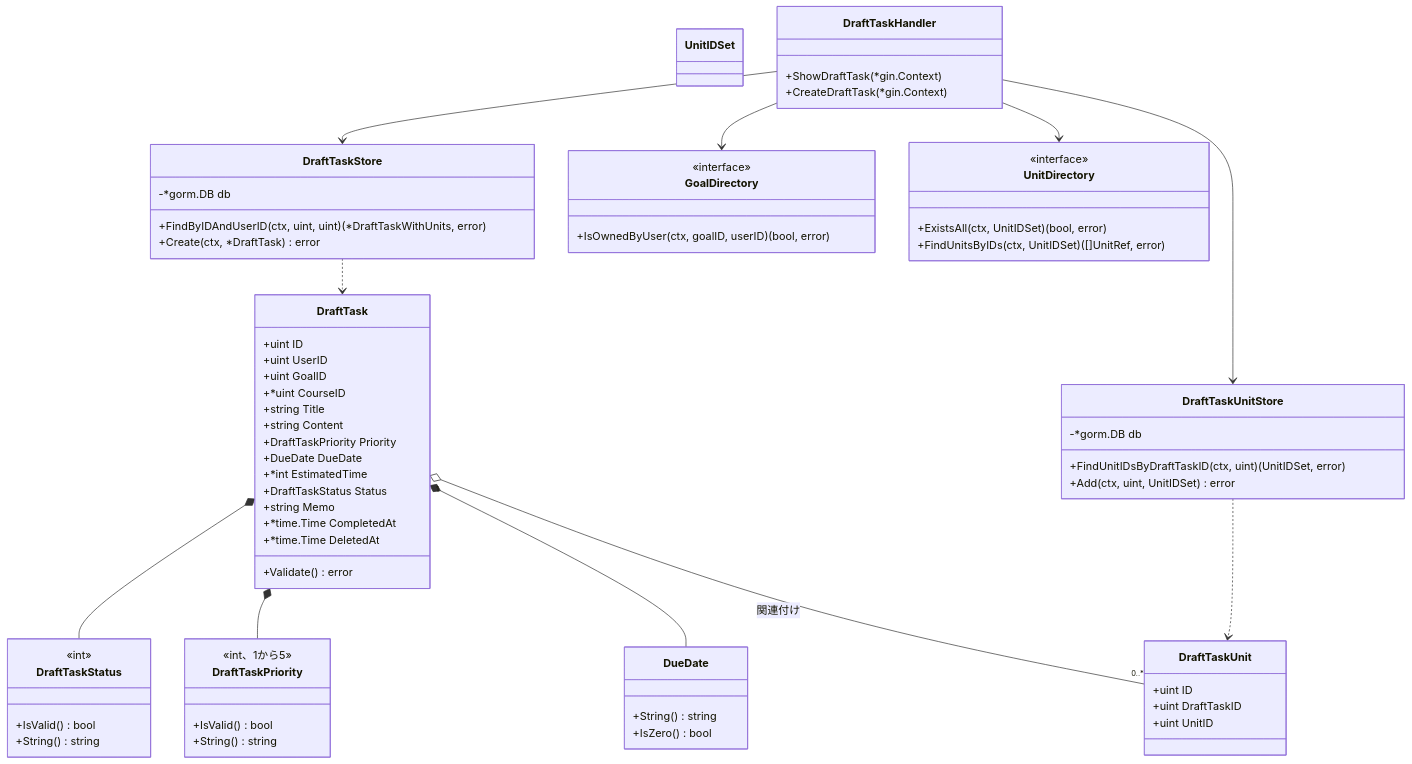
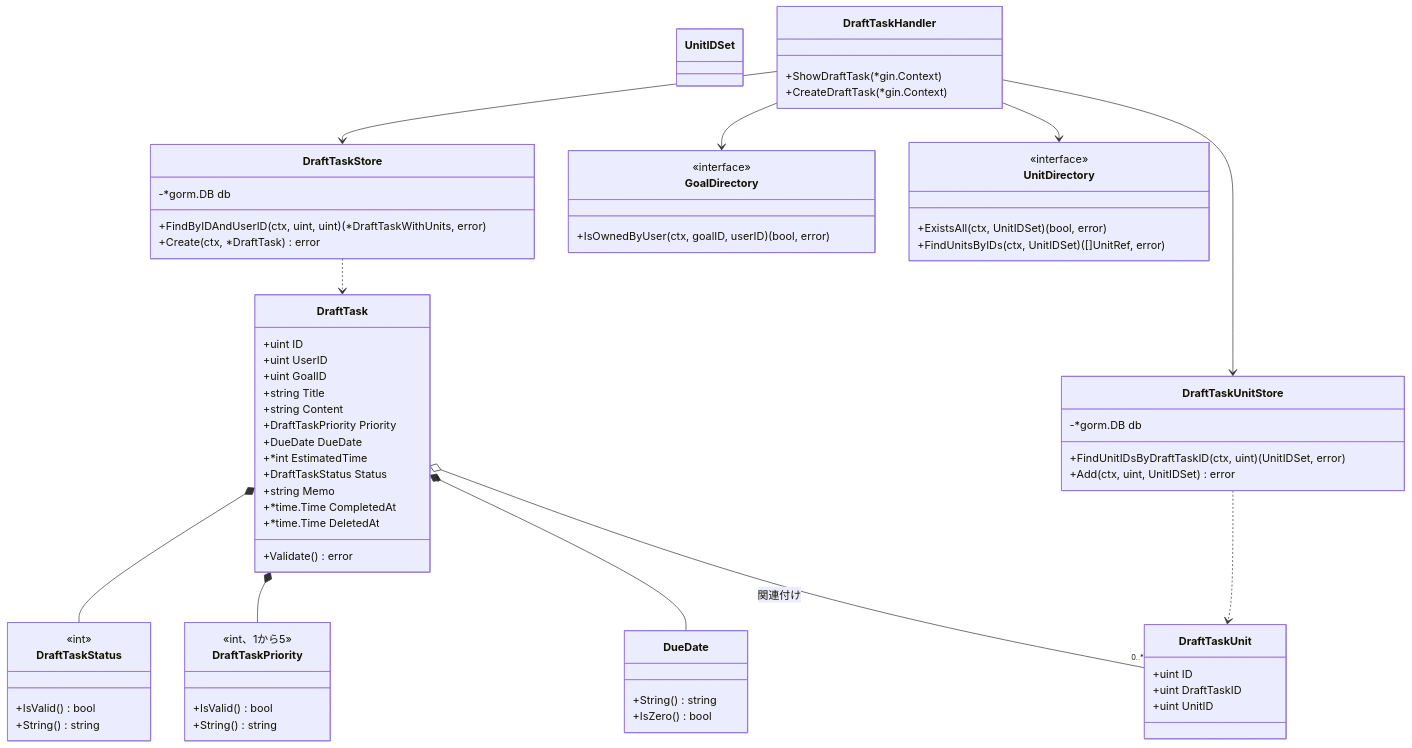
One commit to yuta20253/edu-platform-go-design changed the first of 5 diagrams in 計画書/Go実装仕様書/タスク下書き機能_Go実装仕様書.md. Above: the diagram before and after it, drawn with Mermaid. The commit also changed other lines of this file and 9 other files, not shown here.

````diff
--- a/計画書/Go実装仕様書/タスク下書き機能_Go実装仕様書.md
+++ b/計画書/Go実装仕様書/タスク下書き機能_Go実装仕様書.md
@@ -243,73 +240,72 @@
 ```mermaid
 classDiagram
     class DraftTask {
         +uint ID
         +uint UserID
         +uint GoalID
-        +*uint CourseID
         +string Title
         +string Content
         +DraftTaskPriority Priority
         +DueDate DueDate
         +*int EstimatedTime
         +DraftTaskStatus Status
         +string Memo
         +*time.Time CompletedAt
         +*time.Time DeletedAt
         +Validate() error
     }
     class DraftTaskStatus {
         <<int>>
         +IsValid() bool
         +String() string
     }
     class DraftTaskPriority {
         <<int、1から5>>
         +IsValid() bool
         +String() string
     }
     class DueDate {
         +String() string
         +IsZero() bool
     }
     class DraftTaskUnit {
         +uint ID
         +uint DraftTaskID
         +uint UnitID
     }
     class UnitIDSet
     class DraftTaskStore {
         -*gorm.DB db
         +FindByIDAndUserID(ctx, uint, uint) (*DraftTaskWithUnits, error)
         +Create(ctx, *DraftTask) error
     }
     class DraftTaskUnitStore {
         -*gorm.DB db
         +FindUnitIDsByDraftTaskID(ctx, uint) (UnitIDSet, error)
         +Add(ctx, uint, UnitIDSet) error
     }
     class GoalDirectory {
         <<interface>>
         +IsOwnedByUser(ctx, goalID, userID) (bool, error)
     }
     class UnitDirectory {
         <<interface>>
         +ExistsAll(ctx, UnitIDSet) (bool, error)
         +FindUnitsByIDs(ctx, UnitIDSet) ([]UnitRef, error)
     }
     class DraftTaskHandler {
         +ShowDraftTask(*gin.Context)
         +CreateDraftTask(*gin.Context)
     }
 
     DraftTask *-- DraftTaskStatus
     DraftTask *-- DraftTaskPriority
     DraftTask *-- DueDate
     DraftTask "1" o-- "0..*" DraftTaskUnit : 関連付け
     DraftTaskStore ..> DraftTask
     DraftTaskUnitStore ..> DraftTaskUnit
     DraftTaskHandler --> DraftTaskStore
     DraftTaskHandler --> DraftTaskUnitStore
     DraftTaskHandler --> GoalDirectory
     DraftTaskHandler --> UnitDirectory
 ```
````
